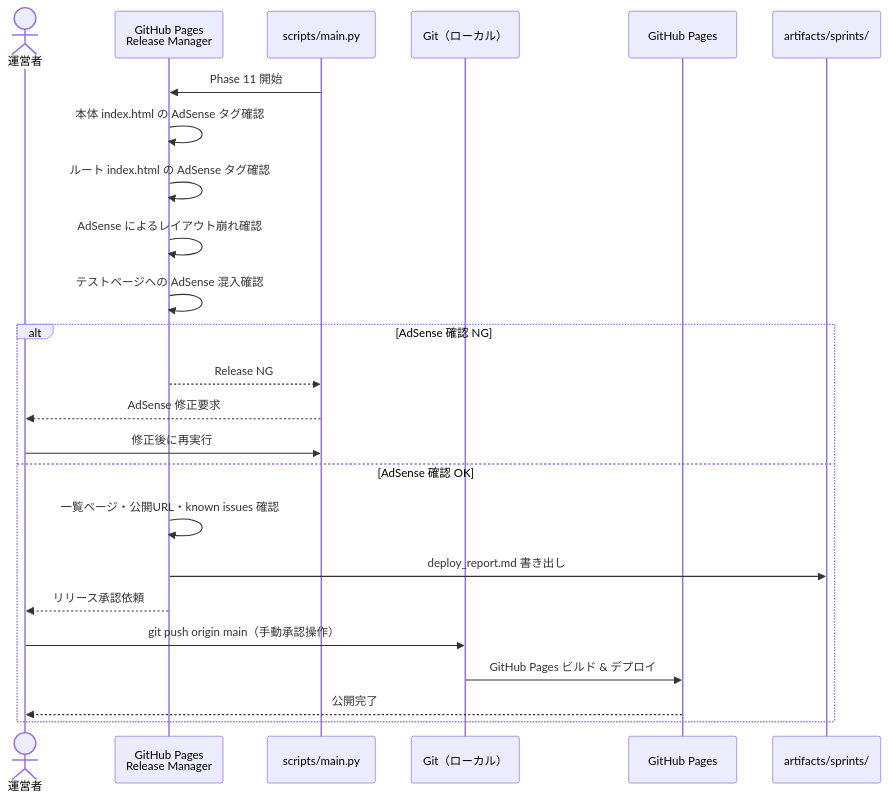
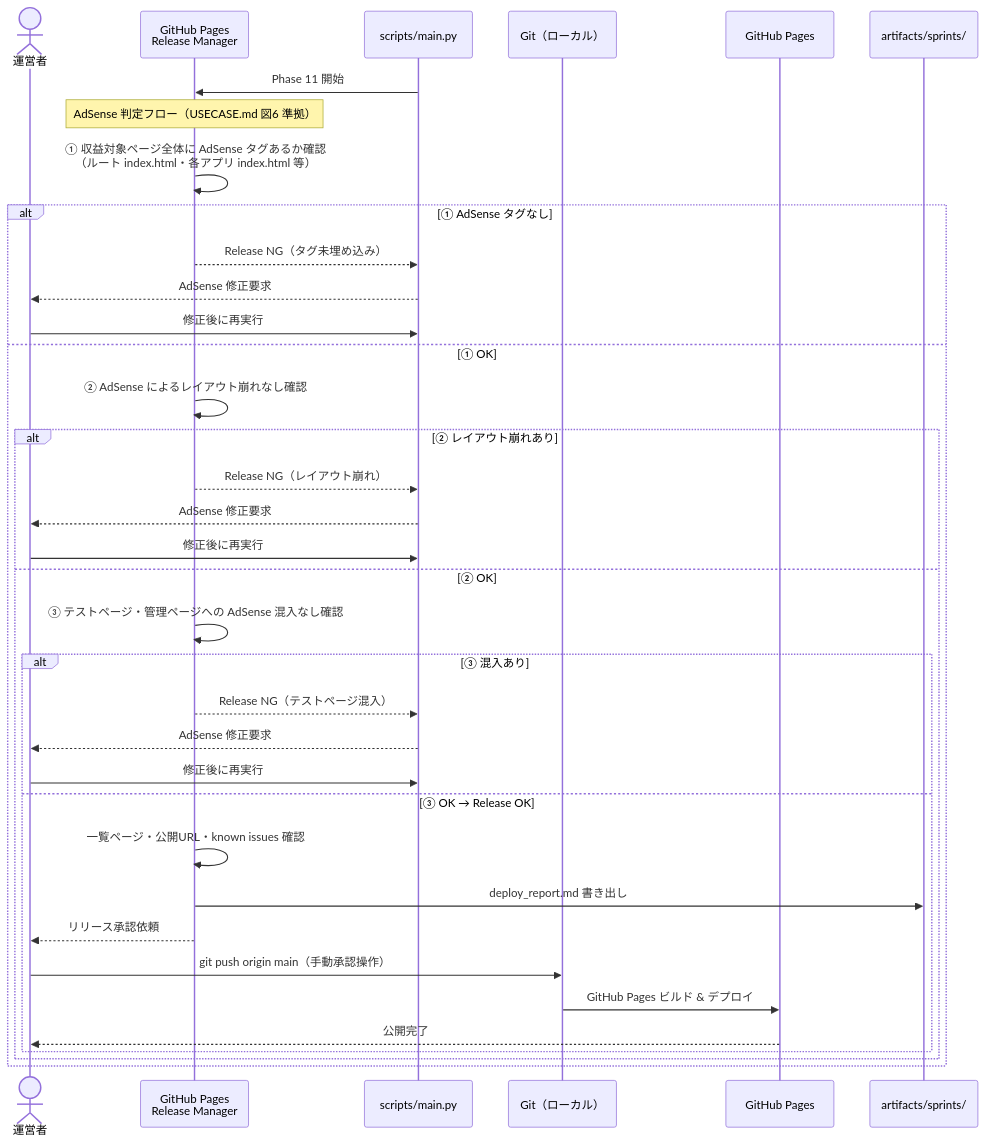
One commit to garyohosu/openclaw-app-company changed the tenth of 12 diagrams in SEQUENCE.md. Above: the diagram before and after it, drawn with Mermaid. The commit also changed other lines of this file, not shown here.

Commit message:
Fix SEQUENCE.md to align with USECASE.md (v0.7)
- Update target version header: SPEC.md v0.6 -> v0.7
- Fig 3: add Pain Finder and Competitor Analyst (present in USECASE fig 5)
- Fig 3: fix typo 运営者 -> 運営者 (x2)
- Fig 10: align AdSense check to USECASE fig 6 three-step flow
  (revenue pages tag -> layout -> test page contamination)
- Fig 11: make visitor.cgi recording conditional on visitor_tracking:true
  (matching USECASE fig 4 dashed optional arrows)
- Fig 12: fix typo 运営者 -> 運営者 (x2)

````diff
--- a/SEQUENCE.md
+++ b/SEQUENCE.md
@@ -340,28 +348,43 @@
 ```mermaid
 sequenceDiagram
     actor 運営者
     participant RM as GitHub Pages<br>Release Manager
     participant main as scripts/main.py
     participant git as Git（ローカル）
     participant ghp as GitHub Pages
     participant artifacts as artifacts/sprints/
 
     main ->> RM: Phase 11 開始
-    RM ->> RM: 本体 index.html の AdSense タグ確認
-    RM ->> RM: ルート index.html の AdSense タグ確認
-    RM ->> RM: AdSense によるレイアウト崩れ確認
-    RM ->> RM: テストページへの AdSense 混入確認
 
-    alt AdSense 確認 NG
-        RM -->> main: Release NG
+    Note over RM: AdSense 判定フロー（USECASE.md 図6 準拠）
+    RM ->> RM: ① 収益対象ページ全体に AdSense タグあるか確認<br>（ルート index.html・各アプリ index.html 等）
+
+    alt ① AdSense タグなし
+        RM -->> main: Release NG（タグ未埋め込み）
         main -->> 運営者: AdSense 修正要求
         運営者 ->> main: 修正後に再実行
-    else AdSense 確認 OK
-        RM ->> RM: 一覧ページ・公開URL・known issues 確認
-        RM ->> artifacts: deploy_report.md 書き出し
-        RM -->> 運営者: リリース承認依頼
-        運営者 ->> git: git push origin main（手動承認操作）
-        git ->> ghp: GitHub Pages ビルド & デプロイ
-        ghp -->> 運営者: 公開完了
+    else ① OK
+        RM ->> RM: ② AdSense によるレイアウト崩れなし確認
+
+        alt ② レイアウト崩れあり
+            RM -->> main: Release NG（レイアウト崩れ）
+            main -->> 運営者: AdSense 修正要求
+            運営者 ->> main: 修正後に再実行
+        else ② OK
+            RM ->> RM: ③ テストページ・管理ページへの AdSense 混入なし確認
+
+            alt ③ 混入あり
+                RM -->> main: Release NG（テストページ混入）
+                main -->> 運営者: AdSense 修正要求
+                運営者 ->> main: 修正後に再実行
+            else ③ OK → Release OK
+                RM ->> RM: 一覧ページ・公開URL・known issues 確認
+                RM ->> artifacts: deploy_report.md 書き出し
+                RM -->> 運営者: リリース承認依頼
+                運営者 ->> git: git push origin main（手動承認操作）
+                git ->> ghp: GitHub Pages ビルド & デプロイ
+                ghp -->> 運営者: 公開完了
+            end
+        end
     end
 ```
````
